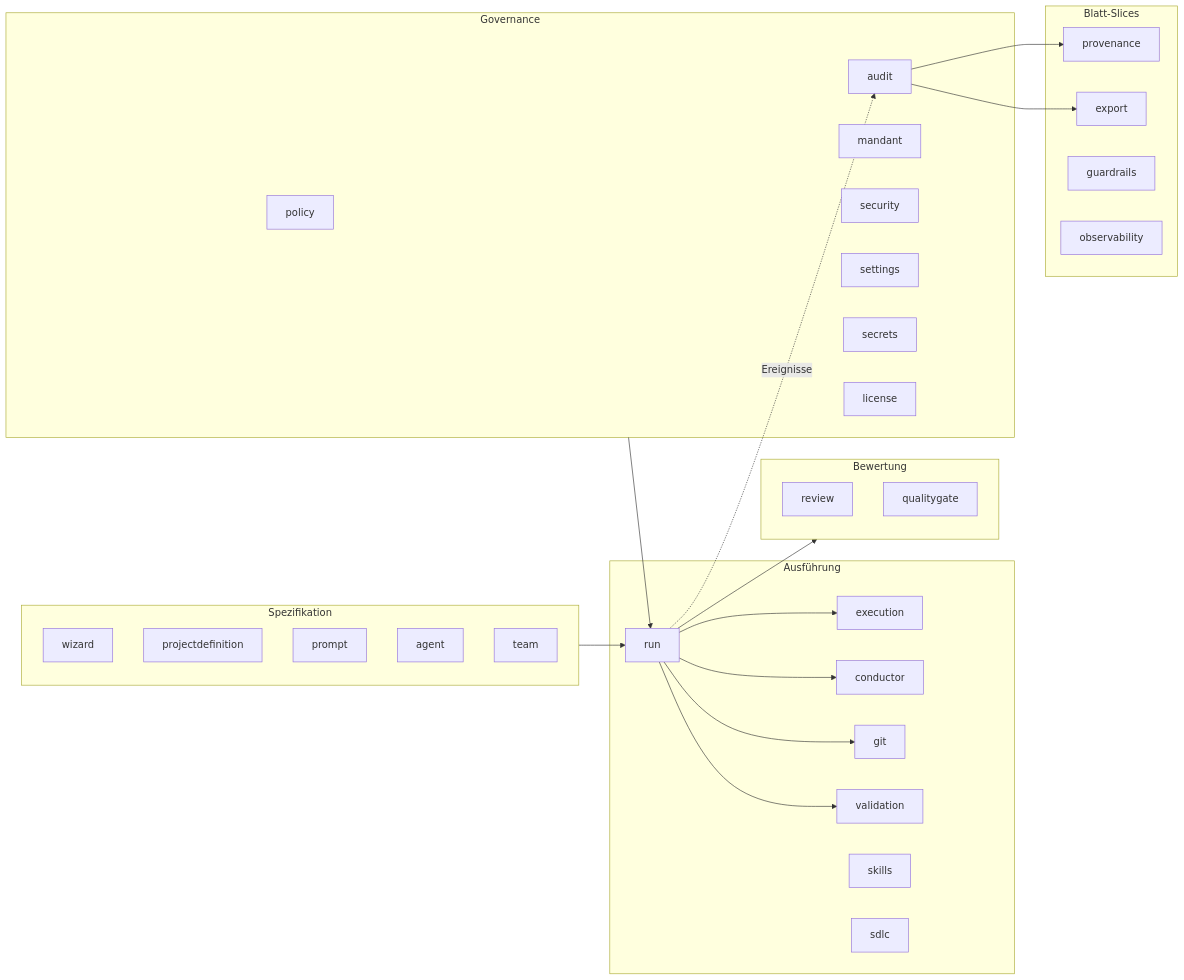
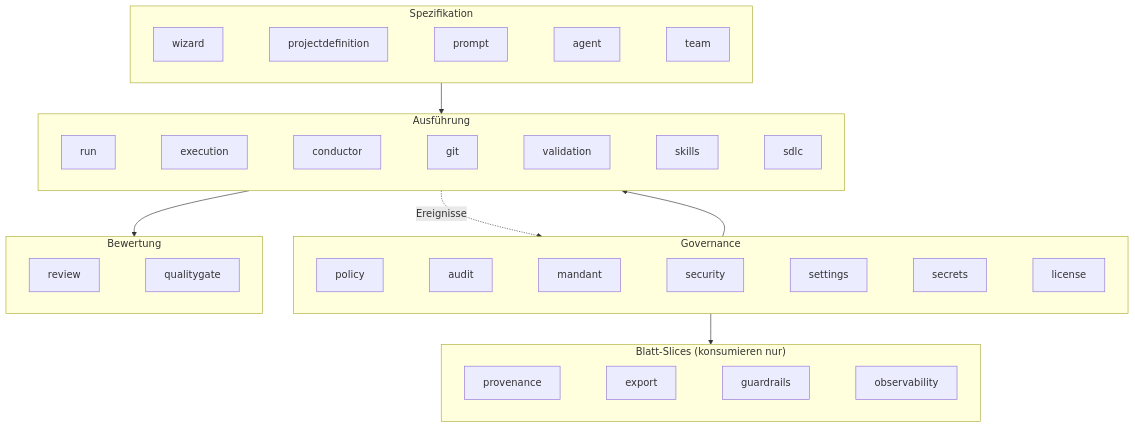
Before and after one commit to mjanda0815/agentic-publikation: the diagram in abbildungen/abb23.mmd, drawn with Mermaid. The commit also changed 8 other files, not shown here.

```diff
--- a/abbildungen/abb23.mmd
+++ b/abbildungen/abb23.mmd
@@ -1,51 +1,26 @@
-flowchart LR
+flowchart TB
     subgraph SPEC["Spezifikation"]
-        WIZ[wizard]
-        PD[projectdefinition]
-        PR[prompt]
-        AG[agent]
-        TE[team]
+        direction LR
+        WIZ["wizard"] ~~~ PD["projectdefinition"] ~~~ PR["prompt"] ~~~ AG["agent"] ~~~ TE["team"]
     end
-
+    subgraph GOV["Governance"]
+        direction LR
+        POL["policy"] ~~~ AUD["audit"] ~~~ MAN["mandant"] ~~~ SECU["security"] ~~~ SET["settings"] ~~~ SECR["secrets"] ~~~ LIC["license"]
+    end
     subgraph EXEC["Ausführung"]
-        RUN[run]
-        EX[execution]
-        CON[conductor]
-        GT[git]
-        VAL[validation]
-        SK[skills]
-        SD[sdlc]
+        direction LR
+        RUN["run"] ~~~ EX["execution"] ~~~ CON["conductor"] ~~~ GT["git"] ~~~ VAL["validation"] ~~~ SK["skills"] ~~~ SD["sdlc"]
     end
-
     subgraph QUAL["Bewertung"]
-        REV[review]
-        QG[qualitygate]
+        direction LR
+        REV["review"] ~~~ QG["qualitygate"]
     end
-
-    subgraph GOV["Governance"]
-        POL[policy]
-        AUD[audit]
-        MAN[mandant]
-        SECU[security]
-        SET[settings]
-        SECR[secrets]
-        LIC[license]
+    subgraph LEAF["Blatt-Slices (konsumieren nur)"]
+        direction LR
+        PROV["provenance"] ~~~ EXP["export"] ~~~ GR["guardrails"] ~~~ OBS["observability"]
     end
-
-    subgraph LEAF["Blatt-Slices"]
-        PROV[provenance]
-        EXP[export]
-        GR[guardrails]
-        OBS[observability]
-    end
-
-    SPEC --> RUN
-    RUN --> EX
-    RUN --> CON
-    RUN --> GT
-    RUN --> VAL
-    RUN --> QUAL
-    GOV --> RUN
-    RUN -.Ereignisse.-> AUD
-    AUD --> PROV
-    AUD --> EXP
+    SPEC --> EXEC
+    GOV --> EXEC
+    EXEC --> QUAL
+    EXEC -. "Ereignisse" .-> GOV
+    GOV --> LEAF
```
